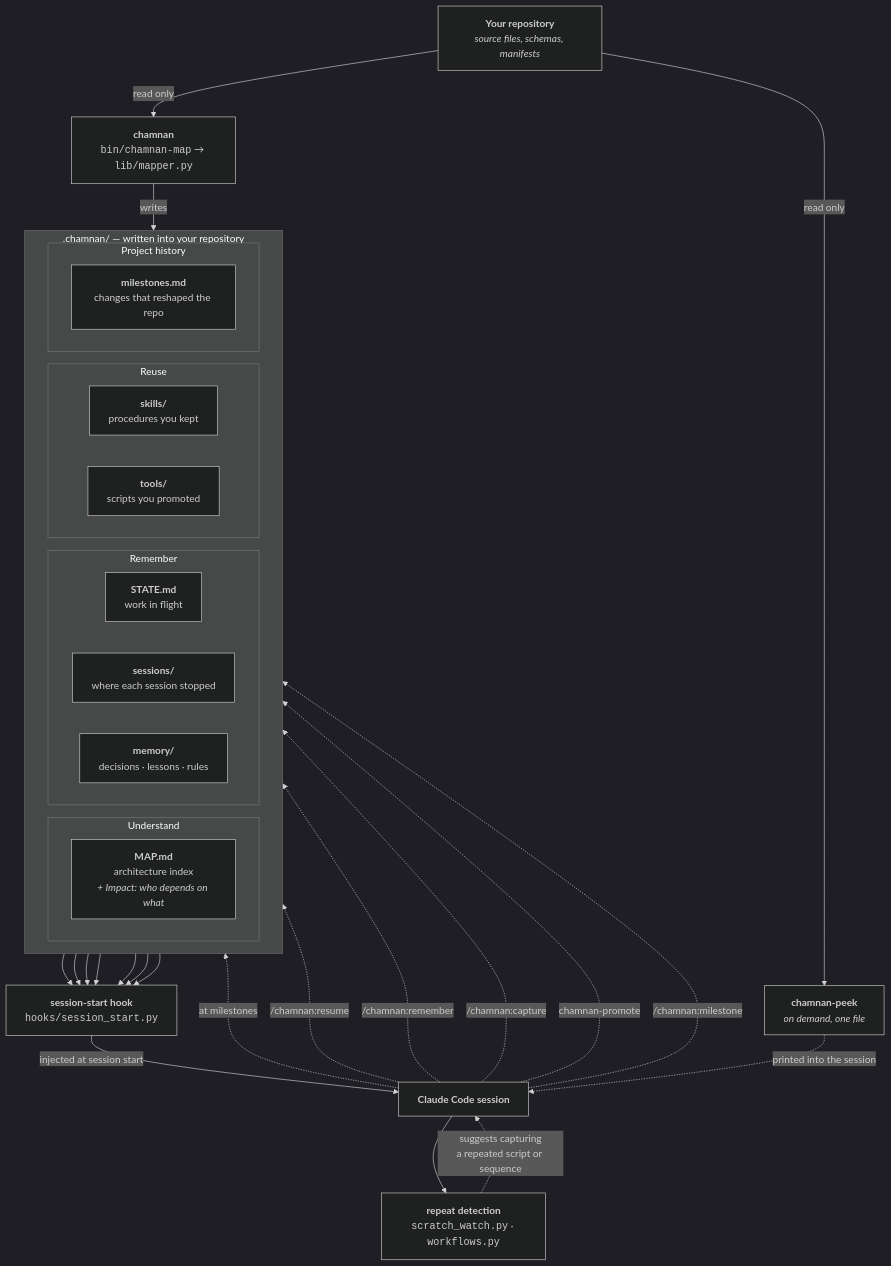
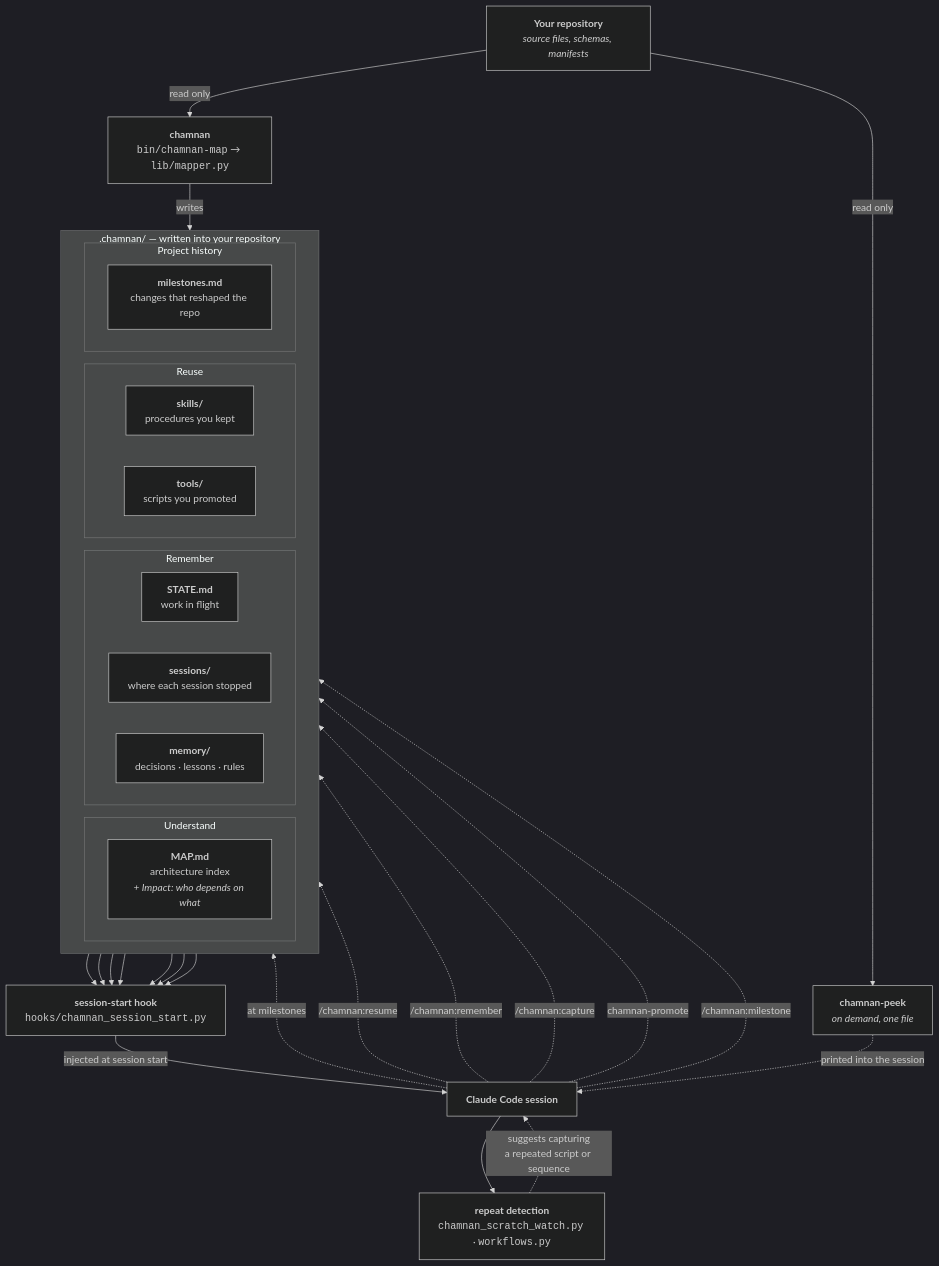
The diagram in docs/architecture.md (ArcticFox2029/chamnan), drawn with Mermaid (dark theme) before and after one commit. The commit also changed other lines of this file and 13 other files, not shown here.

First line of the commit message:
another plugin naming its hook session_start.py would have taken chamnan's away, silently

````diff
--- a/docs/architecture.md
+++ b/docs/architecture.md
@@ -5,59 +5,59 @@
 ```mermaid
 flowchart TD
     REPO["<b>Your repository</b><br/><i>source files, schemas, manifests</i>"]
     SCAN["<b>chamnan</b><br/><code>bin/chamnan-map</code> → <code>lib/mapper.py</code>"]
 
     subgraph WS[".chamnan/ — written into your repository"]
         direction LR
 
         subgraph U["Understand"]
             MAP["<b>MAP.md</b><br/>architecture index<br/><i>+ Impact: who depends on what</i>"]
         end
 
         subgraph R["Remember"]
             STATE["<b>STATE.md</b><br/>work in flight"]
             SESS["<b>sessions/</b><br/>where each session stopped"]
             MEM["<b>memory/</b><br/>decisions · lessons · rules"]
         end
 
         subgraph E["Reuse"]
             PROC["<b>skills/</b><br/>procedures you kept"]
             TOOLS["<b>tools/</b><br/>scripts you promoted"]
         end
 
         subgraph H["Project history"]
             MILE["<b>milestones.md</b><br/>changes that reshaped the repo"]
         end
     end
 
-    HOOK["<b>session-start hook</b><br/><code>hooks/session_start.py</code>"]
+    HOOK["<b>session-start hook</b><br/><code>hooks/chamnan_session_start.py</code>"]
     CLAUDE["<b>Claude Code session</b>"]
-    WATCH["<b>repeat detection</b><br/><code>scratch_watch.py</code> · <code>workflows.py</code>"]
+    WATCH["<b>repeat detection</b><br/><code>chamnan_scratch_watch.py</code> · <code>workflows.py</code>"]
 
     REPO -- "read only" --> SCAN
     SCAN -- "writes" --> MAP
 
     CLAUDE -. "at milestones" .-> STATE
     CLAUDE -. "/chamnan:resume" .-> SESS
     CLAUDE -. "/chamnan:remember" .-> MEM
     CLAUDE -. "/chamnan:capture" .-> PROC
     CLAUDE -. "chamnan-promote" .-> TOOLS
     CLAUDE -. "/chamnan:milestone" .-> MILE
 
     CLAUDE --> WATCH
     WATCH -. "suggests capturing<br/>a repeated script or sequence" .-> CLAUDE
 
     MAP --> HOOK
     STATE --> HOOK
     SESS --> HOOK
     MEM --> HOOK
     PROC --> HOOK
     TOOLS --> HOOK
     MILE --> HOOK
 
     HOOK -- "injected at session start" --> CLAUDE
 
     PEEK["<b>chamnan-peek</b><br/><i>on demand, one file</i>"]
     REPO -- "read only" --> PEEK
     PEEK -. "printed into the session" .-> CLAUDE
 ```
````
